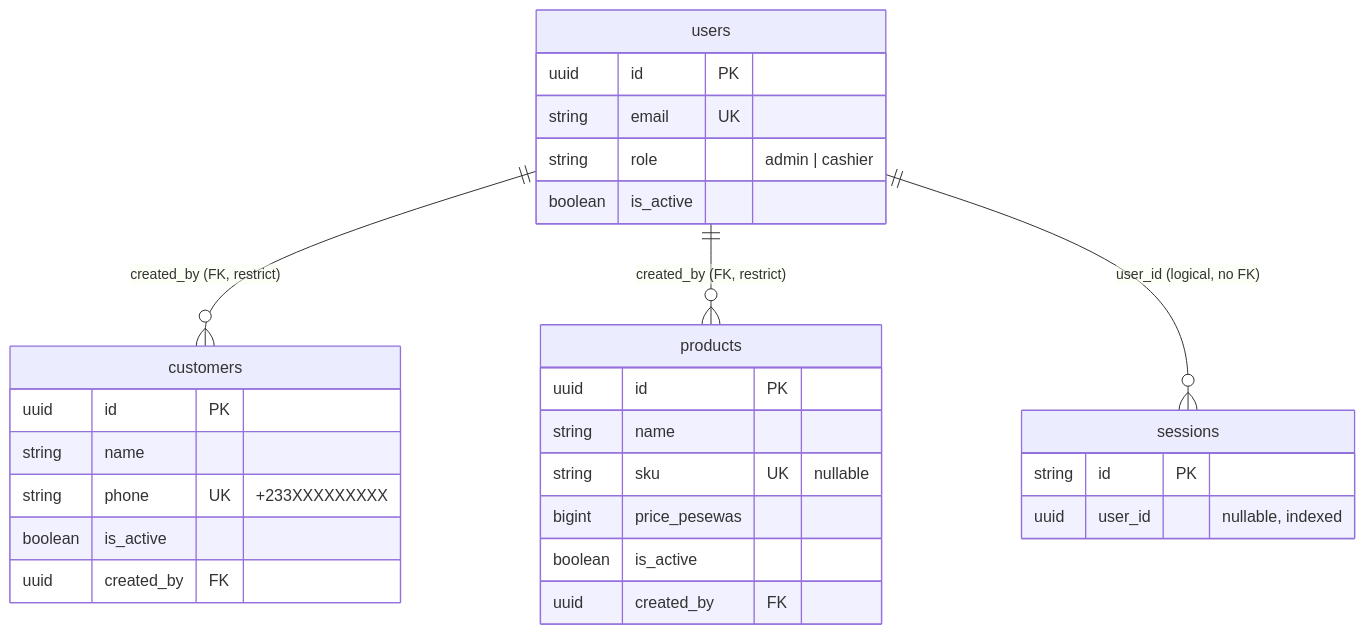
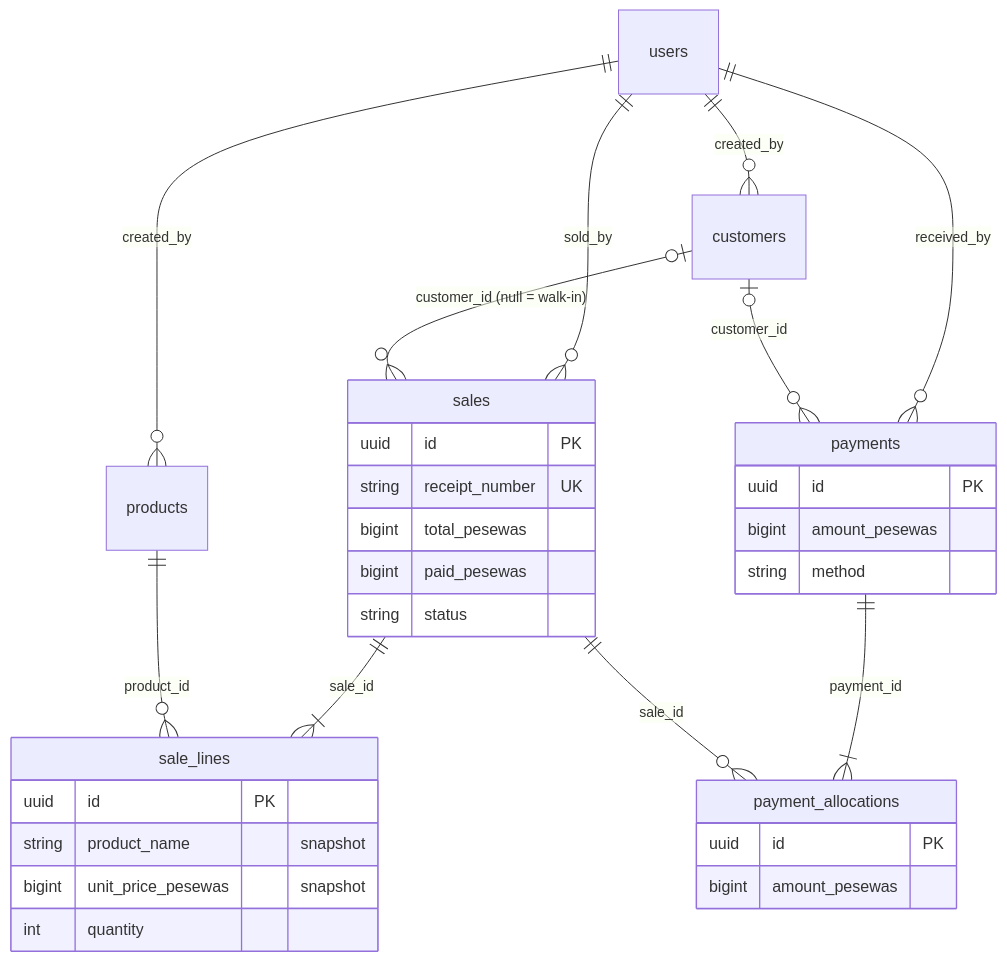
Before and after one commit to Wuninsu/litemall: the diagram in docs/DATABASE_RELATIONSHIPS.md, drawn with Mermaid. The commit also changed other lines of this file and 65 other files, not shown here.

First line of the commit message:
Phase 3: sales and payments

````diff
--- a/docs/DATABASE_RELATIONSHIPS.md
+++ b/docs/DATABASE_RELATIONSHIPS.md
@@ -22,31 +42,35 @@
 ```mermaid
 erDiagram
-    users ||--o{ customers : "created_by (FK, restrict)"
-    users ||--o{ products : "created_by (FK, restrict)"
-    users ||--o{ sessions : "user_id (logical, no FK)"
-    users {
+    users ||--o{ customers : "created_by"
+    users ||--o{ products : "created_by"
+    users ||--o{ sales : "sold_by"
+    users ||--o{ payments : "received_by"
+    customers |o--o{ sales : "customer_id (null = walk-in)"
+    customers |o--o{ payments : "customer_id"
+    sales ||--|{ sale_lines : "sale_id"
+    products ||--o{ sale_lines : "product_id"
+    payments ||--|{ payment_allocations : "payment_id"
+    sales ||--o{ payment_allocations : "sale_id"
+    sales {
         uuid id PK
-        string email UK
-        string role "admin | cashier"
-        boolean is_active
+        string receipt_number UK
+        bigint total_pesewas
+        bigint paid_pesewas
+        string status
     }
-    customers {
+    sale_lines {
         uuid id PK
-        string name
-        string phone UK "+233XXXXXXXXX"
-        boolean is_active
-        uuid created_by FK
+        string product_name "snapshot"
+        bigint unit_price_pesewas "snapshot"
+        int quantity
     }
-    products {
+    payments {
         uuid id PK
-        string name
-        string sku UK "nullable"
-        bigint price_pesewas
-        boolean is_active
-        uuid created_by FK
+        bigint amount_pesewas
+        string method
     }
-    sessions {
-        string id PK
-        uuid user_id "nullable, indexed"
+    payment_allocations {
+        uuid id PK
+        bigint amount_pesewas
     }
 ```
````
